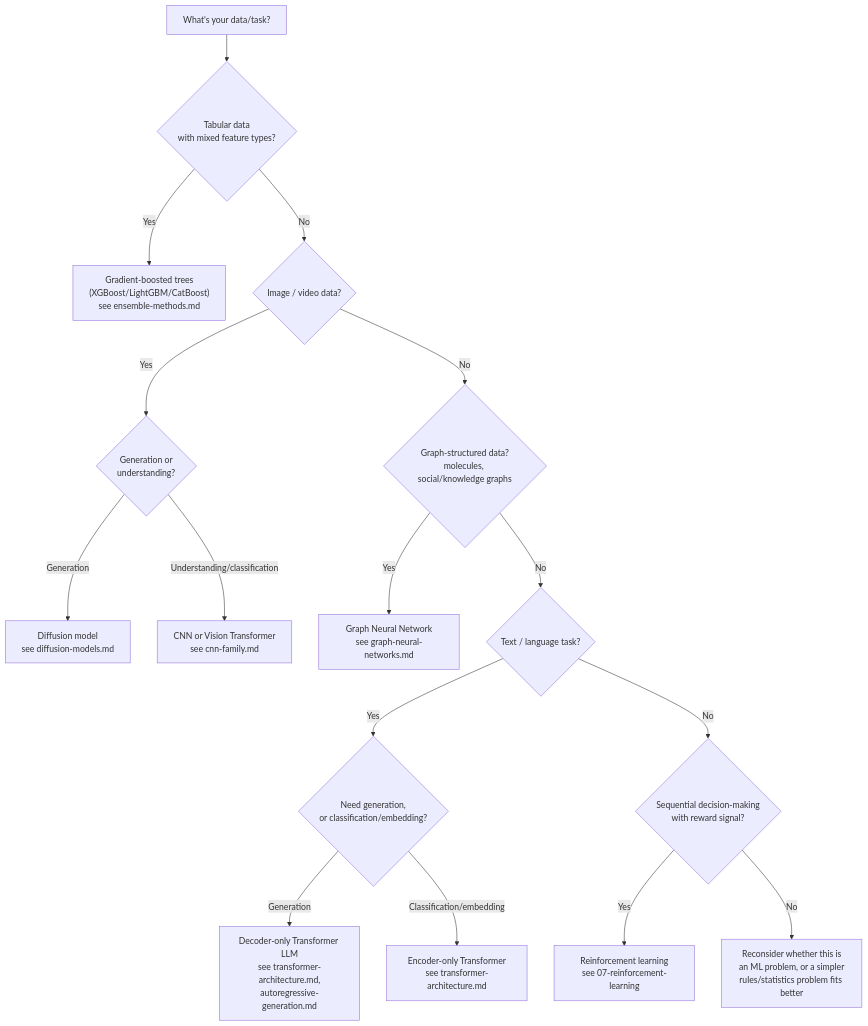
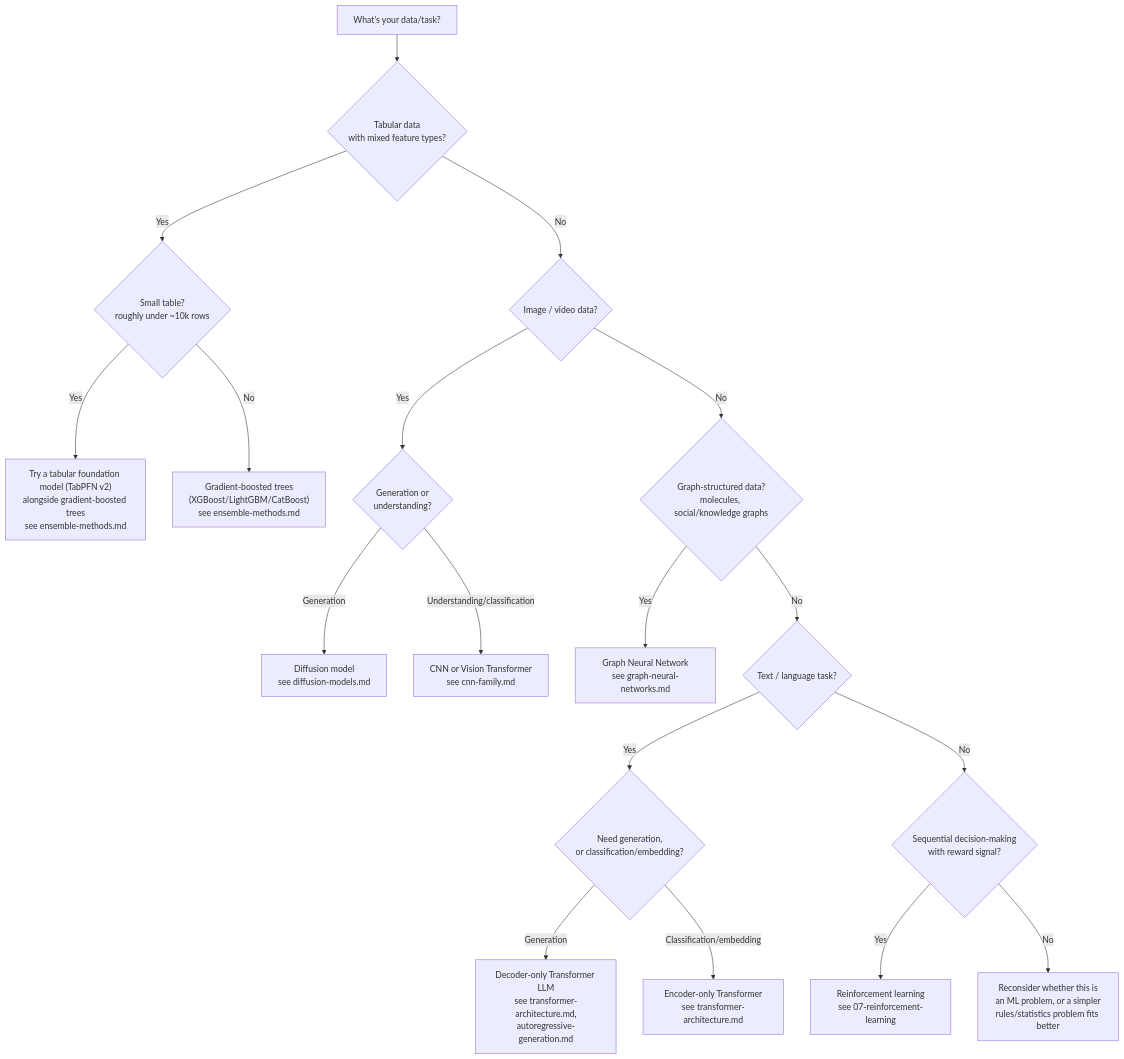
The diagram in 11 Chinese translation/docs/10-comparison-tables/when-to-use-what.md (FrankHuang94/ML_AI_Algorithm_Calude_Sonet_5), drawn with Mermaid before and after one commit. The commit also changed other lines of this file and 11 other files, not shown here.

First line of the commit message:
v3 currency update (part 1): 2023-present timeline, comparison tables, taxonomy, README through Nov 2026 (EN + ZH)

````diff
--- a/11 Chinese translation/docs/10-comparison-tables/when-to-use-what.md
+++ b/11 Chinese translation/docs/10-comparison-tables/when-to-use-what.md
@@ -7,18 +7,20 @@
 ```mermaid
 flowchart TD
     A[What's your data/task?] --> B{Tabular data<br/>with mixed feature types?}
-    B -- Yes --> B1["Gradient-boosted trees<br/>(XGBoost/LightGBM/CatBoost)<br/>see ensemble-methods.md"]
+    B -- Yes --> B0{Small table?<br/>roughly under ~10k rows}
+    B0 -- Yes --> B2["Try a tabular foundation model (TabPFN v2)<br/>alongside gradient-boosted trees<br/>see ensemble-methods.md"]
+    B0 -- No --> B1["Gradient-boosted trees<br/>(XGBoost/LightGBM/CatBoost)<br/>see ensemble-methods.md"]
     B -- No --> C{Image / video data?}
     C -- Yes --> C1{Generation or<br/>understanding?}
     C1 -- Generation --> C2["Diffusion model<br/>see diffusion-models.md"]
     C1 -- Understanding/classification --> C3["CNN or Vision Transformer<br/>see cnn-family.md"]
     C -- No --> D{Graph-structured data?<br/>molecules, social/knowledge graphs}
     D -- Yes --> D1["Graph Neural Network<br/>see graph-neural-networks.md"]
     D -- No --> E{Text / language task?}
     E -- Yes --> E1{Need generation,<br/>or classification/embedding?}
     E1 -- Generation --> E2["Decoder-only Transformer LLM<br/>see transformer-architecture.md,<br/>autoregressive-generation.md"]
     E1 -- Classification/embedding --> E3["Encoder-only Transformer<br/>see transformer-architecture.md"]
     E -- No --> F{Sequential decision-making<br/>with reward signal?}
     F -- Yes --> F1["Reinforcement learning<br/>see 07-reinforcement-learning"]
     F -- No --> G["Reconsider whether this is<br/>an ML problem, or a simpler<br/>rules/statistics problem fits better"]
 ```
````
